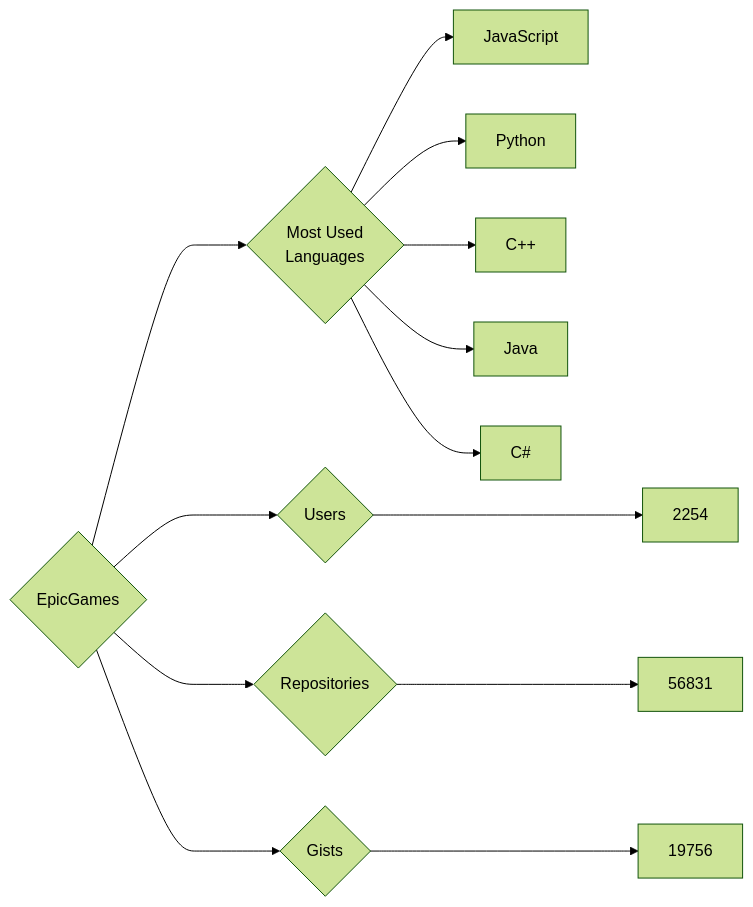
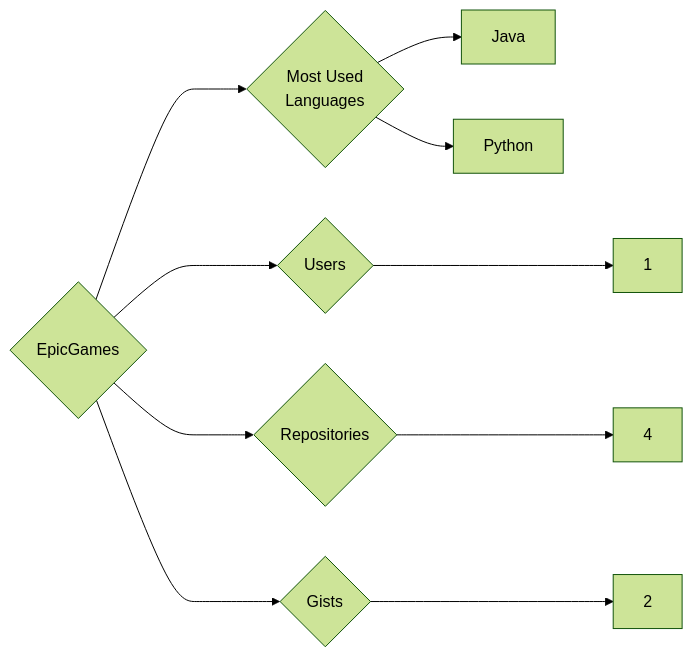
The diagram in targets/EpicGames/README.md (trickest/insiders), drawn with Mermaid (forest theme) before and after one commit. The commit also changed 693 other files, not shown here.

````diff
--- a/targets/EpicGames/README.md
+++ b/targets/EpicGames/README.md
@@ -3,13 +3,10 @@
 ```mermaid
 graph LR
 COMPANY_NAME{EpicGames}
-COMPANY_NAME ---> U{Users} ---> UN[2254]
-COMPANY_NAME ---> R{Repositories} ---> RN[56831]
-COMPANY_NAME ---> G{Gists} ---> GN[19756]
+COMPANY_NAME ---> U{Users} ---> UN[1]
+COMPANY_NAME ---> R{Repositories} ---> RN[4]
+COMPANY_NAME ---> G{Gists} ---> GN[2]
 COMPANY_NAME ---> ML{Most Used<br>Languages}
-ML --> JavaScript[JavaScript]
+ML --> Java[Java]
 ML --> Python[Python]
-ML --> C++[C++]
-ML --> Java[Java]
-ML --> C#[C#]
 ```
````
